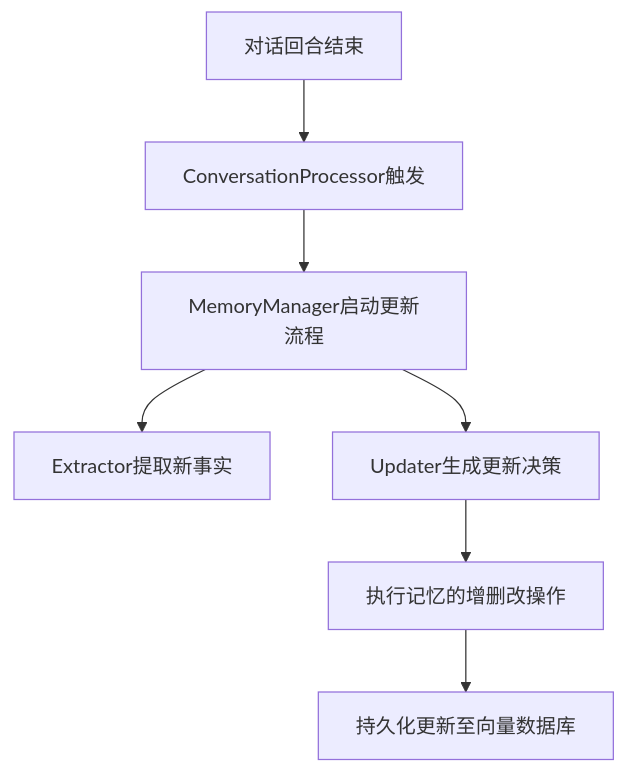
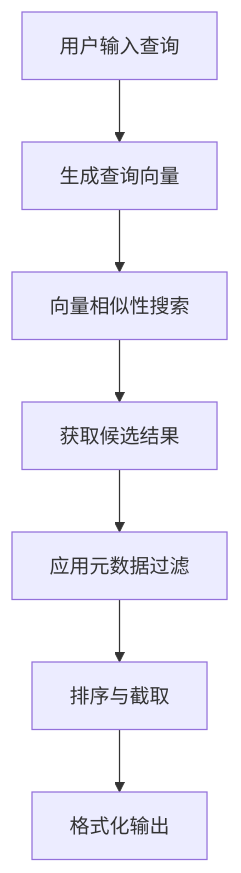
Before and after one commit to sopaco/cortex-mem: the seventh of 9 diagrams in litho.docs/2、架构概览.md, drawn with Mermaid. The commit also changed other lines of this file and 16 other files, not shown here.

````diff
--- a/litho.docs/2、架构概览.md
+++ b/litho.docs/2、架构概览.md
@@ -347,9 +358,9 @@
 ```mermaid
-graph TD
-    A[对话回合结束] --> B[ConversationProcessor触发]
-    B --> C[MemoryManager启动更新流程]
-    C --> D[Extractor提取新事实]
-    C --> E[Updater生成更新决策]
-    E --> F[执行记忆的增删改操作]
-    F --> G[持久化更新至向量数据库]
+flowchart TD
+    A[用户输入查询] --> B[生成查询向量]
+    B --> C[向量相似性搜索]
+    C --> D[获取候选结果]
+    D --> E[应用元数据过滤]
+    E --> F[排序与截取]
+    F --> G[格式化输出]
 ```
````
